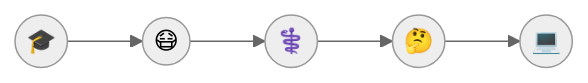
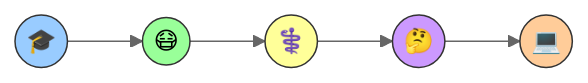
The third of 6 diagrams in Knowledge Base/2 Articulos e investigaciones/3. Hospitalización y Software.md (JhalexR/learning-journey), drawn with Mermaid (neutral theme) before and after one commit.

Commit message:
Update 3. Hospitalización y Software.md
Stylistic editing

````diff
--- a/Knowledge Base/2 Articulos e investigaciones/3. Hospitalización y Software.md
+++ b/Knowledge Base/2 Articulos e investigaciones/3. Hospitalización y Software.md
@@ -86,14 +86,20 @@
 ```mermaid
 flowchart LR
 
 Studio(("🎓"))
 Salud(("😷"))
 Medicina(("⚕️"))
 Pensando(("🤔"))
 System(("💻"))
 
+style Studio fill:#99ccff,stroke:#333,stroke-width:1px
+style Salud fill:#99ff99,stroke:#333,stroke-width:1px
+style Medicina fill:#ffff99,stroke:#333,stroke-width:1px
+style Pensando fill:#cc99ff,stroke:#333,stroke-width:1px
+style System fill:#ffcc99,stroke:#333,stroke-width:1px
+
 Studio --> Salud
 Salud --> Medicina
 Medicina --> Pensando
 Pensando --> System
 ```
````
